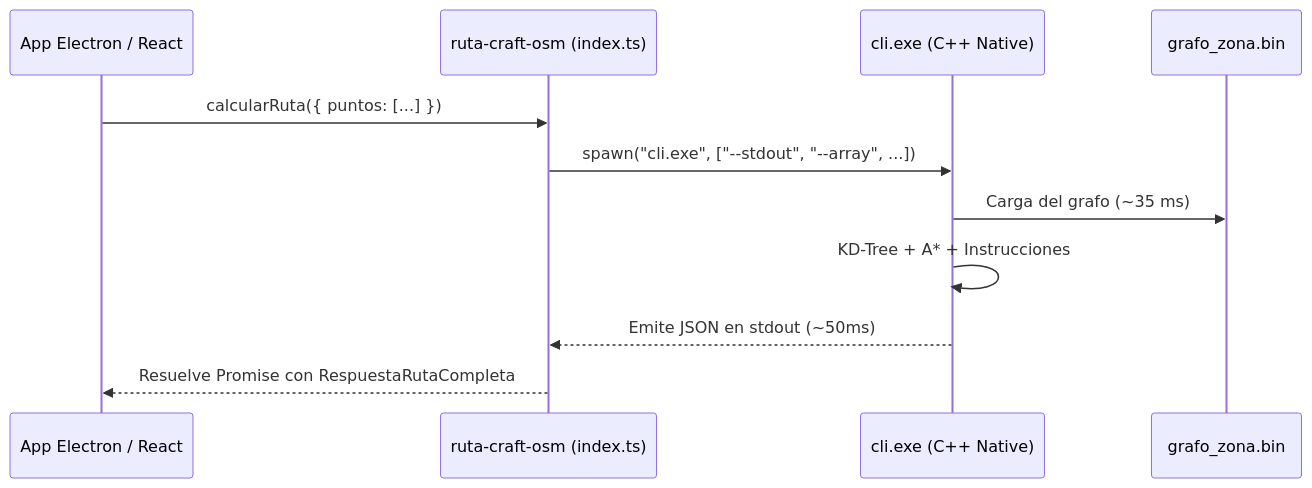
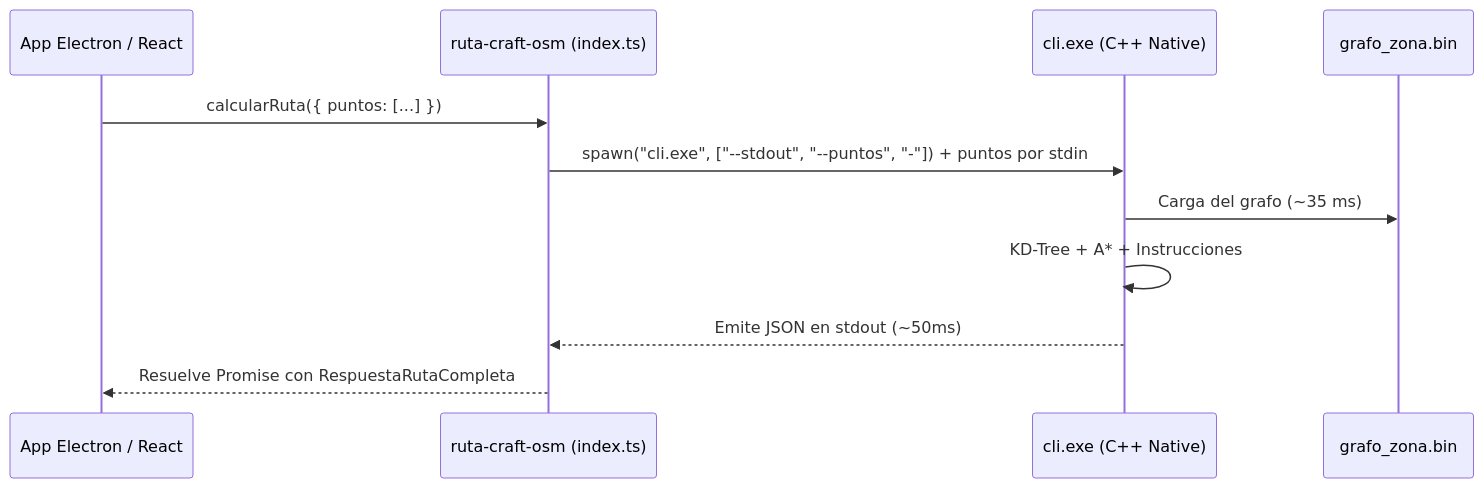
The first of 2 diagrams in docs/4_INTEGRACION_TYPESCRIPT_ELECTRON.md (Mahynlo/RutaCraftOSM), drawn with Mermaid before and after one commit. The commit also changed other lines of this file and 13 other files, not shown here.

````diff
--- a/docs/4_INTEGRACION_TYPESCRIPT_ELECTRON.md
+++ b/docs/4_INTEGRACION_TYPESCRIPT_ELECTRON.md
@@ -11,14 +11,14 @@
 ```mermaid
 sequenceDiagram
     participant App as App Electron / React
     participant TS as ruta-craft-osm (index.ts)
     participant Cpp as cli.exe (C++ Native)
     participant Bin as grafo_zona.bin
 
     App->>TS: calcularRuta({ puntos: [...] })
-    TS->>Cpp: spawn("cli.exe", ["--stdout", "--array", ...])
+    TS->>Cpp: spawn("cli.exe", ["--stdout", "--puntos", "-"]) + puntos por stdin
     Cpp->>Bin: Carga del grafo (~35 ms)
     Cpp->>Cpp: KD-Tree + A* + Instrucciones
     Cpp-->>TS: Emite JSON en stdout (~50ms)
     TS-->>App: Resuelve Promise con RespuestaRutaCompleta
 ```
````
